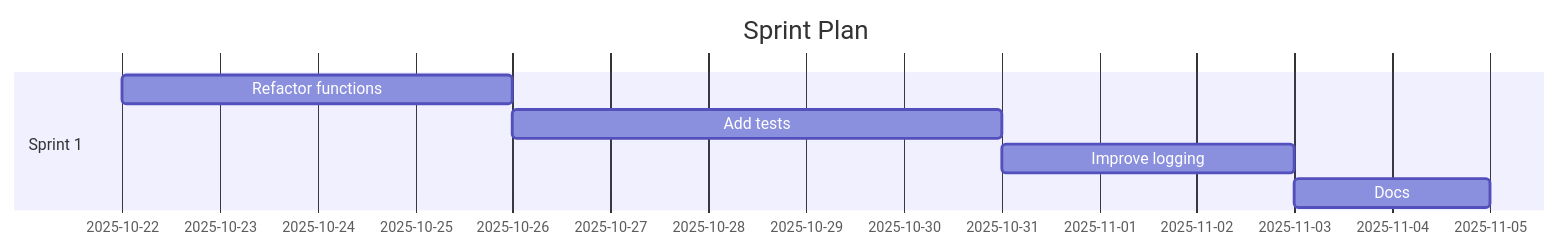
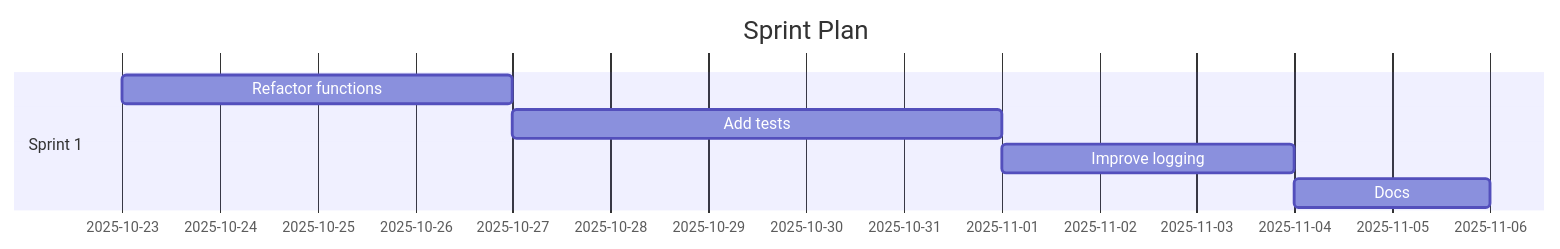
One commit to Anselmoo/mcp-ai-agent-guidelines changed the diagram in demos/demo-code-analysis.sprint.md. Above: the diagram before and after it, drawn with Mermaid. The commit also changed other lines of this file and 10 other files, not shown here.

````diff
--- a/demos/demo-code-analysis.sprint.md
+++ b/demos/demo-code-analysis.sprint.md
@@ -59,11 +59,11 @@
 ```mermaid
 gantt
 	dateFormat  YYYY-MM-DD
 	title Sprint Plan
 %% Accessibility: Title=Project Sprint Plan; Description=Gantt chart of sprints and tasks over time. %%
   section Sprint 1
-  Refactor functions :s1t0, 2025-10-22, 4d
-  Add tests :s1t1, 2025-10-26, 5d
-  Improve logging :s1t2, 2025-10-31, 3d
-  Docs :s1t3, 2025-11-03, 2d
+  Refactor functions :s1t0, 2025-10-23, 4d
+  Add tests :s1t1, 2025-10-27, 5d
+  Improve logging :s1t2, 2025-11-01, 3d
+  Docs :s1t3, 2025-11-04, 2d
 ```
````
